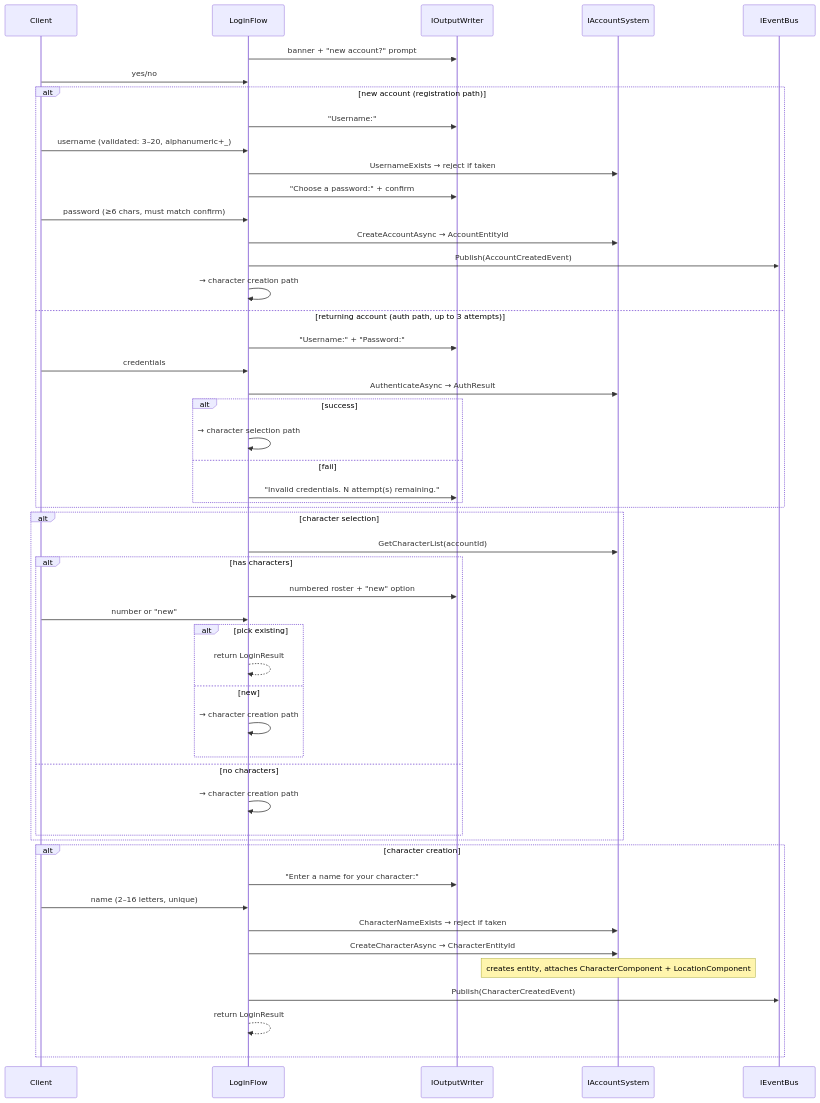
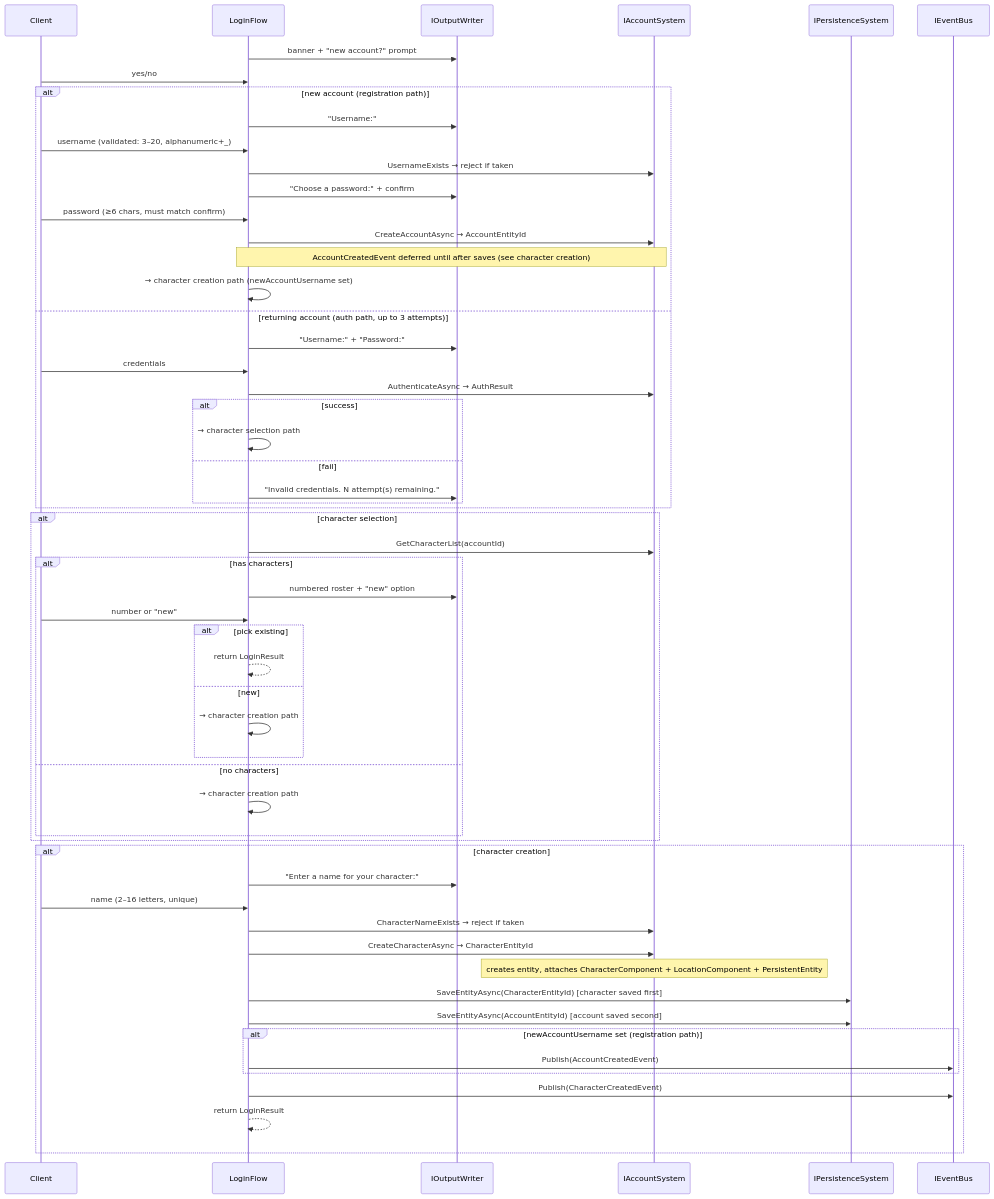
One commit to dmbyer/Hedron changed the seventh of 8 diagrams in docs/architecture/06-flows.md. Above: the diagram before and after it, drawn with Mermaid. The commit also changed other lines of this file and 27 other files, not shown here.

````diff
--- a/docs/architecture/06-flows.md
+++ b/docs/architecture/06-flows.md
@@ -382,53 +385,59 @@
 ```mermaid
 sequenceDiagram
     participant Client
     participant LF as LoginFlow
     participant OW as IOutputWriter
     participant AccSys as IAccountSystem
+    participant PSys as IPersistenceSystem
     participant Bus as IEventBus
 
     LF->>OW: banner + "new account?" prompt
     Client->>LF: yes/no
     alt new account (registration path)
         LF->>OW: "Username:"
         Client->>LF: username (validated: 3–20, alphanumeric+_)
         LF->>AccSys: UsernameExists → reject if taken
         LF->>OW: "Choose a password:" + confirm
         Client->>LF: password (≥6 chars, must match confirm)
         LF->>AccSys: CreateAccountAsync → AccountEntityId
-        LF->>Bus: Publish(AccountCreatedEvent)
-        LF->>LF: → character creation path
+        Note over LF,AccSys: AccountCreatedEvent deferred until after saves (see character creation)
+        LF->>LF: → character creation path (newAccountUsername set)
     else returning account (auth path, up to 3 attempts)
         LF->>OW: "Username:" + "Password:"
         Client->>LF: credentials
         LF->>AccSys: AuthenticateAsync → AuthResult
         alt success
             LF->>LF: → character selection path
         else fail
             LF->>OW: "Invalid credentials. N attempt(s) remaining."
         end
     end
     alt character selection
         LF->>AccSys: GetCharacterList(accountId)
         alt has characters
             LF->>OW: numbered roster + "new" option
             Client->>LF: number or "new"
             alt pick existing
                 LF-->>LF: return LoginResult
             else new
                 LF->>LF: → character creation path
             end
         else no characters
             LF->>LF: → character creation path
         end
     end
     alt character creation
         LF->>OW: "Enter a name for your character:"
         Client->>LF: name (2–16 letters, unique)
         LF->>AccSys: CharacterNameExists → reject if taken
         LF->>AccSys: CreateCharacterAsync → CharacterEntityId
-        Note over AccSys: creates entity, attaches CharacterComponent + LocationComponent
+        Note over AccSys: creates entity, attaches CharacterComponent + LocationComponent + PersistentEntity
+        LF->>PSys: SaveEntityAsync(CharacterEntityId) [character saved first]
+        LF->>PSys: SaveEntityAsync(AccountEntityId) [account saved second]
+        alt newAccountUsername set (registration path)
+            LF->>Bus: Publish(AccountCreatedEvent)
+        end
         LF->>Bus: Publish(CharacterCreatedEvent)
         LF-->>LF: return LoginResult
     end
 ```
````
